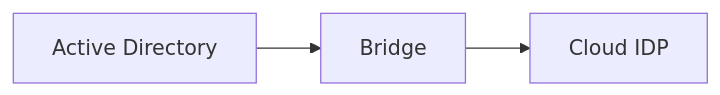
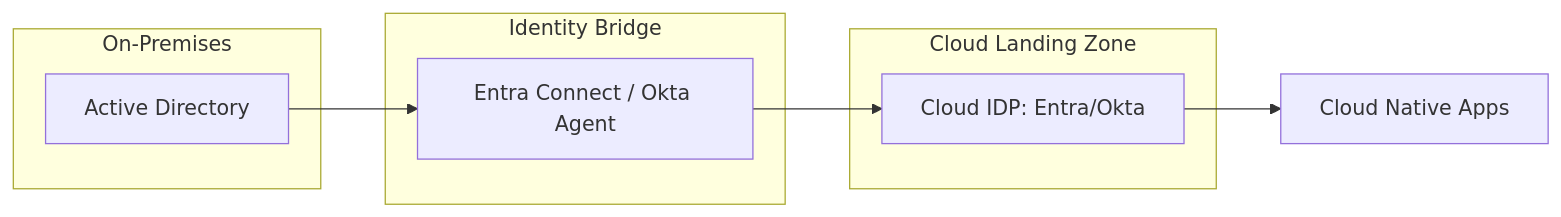
The second of 30 diagrams in README.md (Devopstrio/identity-landingzone), drawn with Mermaid before and after one commit. The commit also changed other lines of this file, not shown here.

Commit message:
docs: finalize premium institutional-grade README with 30+ diagrams and executive summary

````diff
--- a/README.md
+++ b/README.md
@@ -39,5 +90,15 @@
 ```mermaid
 graph LR
-    AD[Active Directory] --> Bridge[Bridge]
-    Bridge --> IDP[Cloud IDP]
+    subgraph "On-Premises"
+        AD[Active Directory]
+    end
+    subgraph "Identity Bridge"
+        Connect[Entra Connect / Okta Agent]
+    end
+    subgraph "Cloud Landing Zone"
+        IDP[Cloud IDP: Entra/Okta]
+    end
+    AD --> Connect
+    Connect --> IDP
+    IDP --> CloudApps[Cloud Native Apps]
 ```
````
